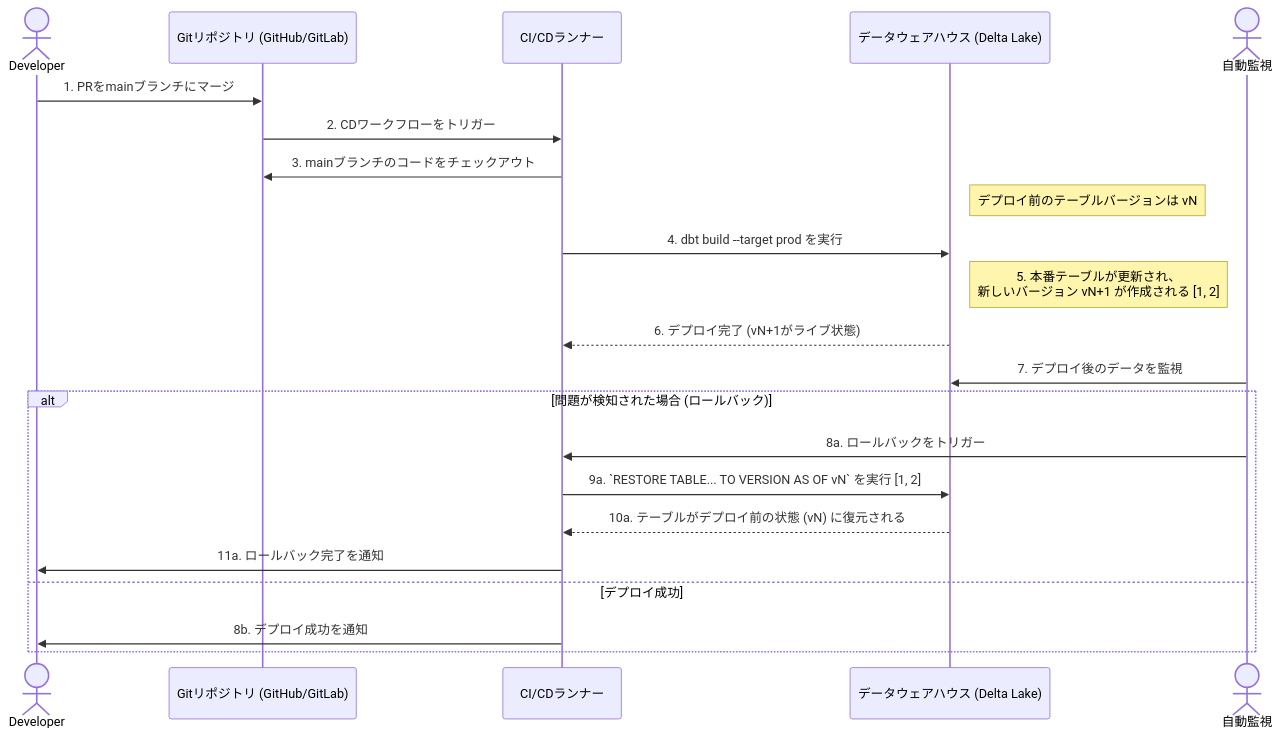
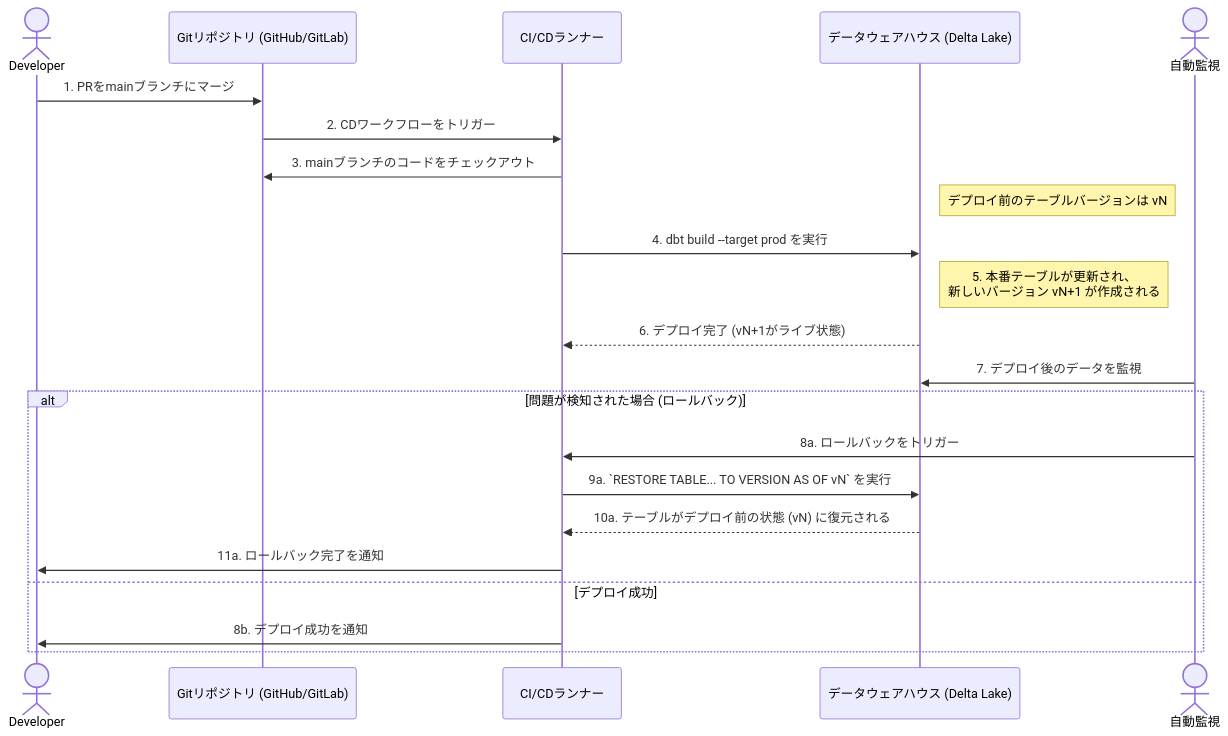
Before and after one commit to suwa-sh/zenn-contents: the eighth of 10 diagrams in articles/databricks_dbt_cicd_20250905.md, drawn with Mermaid.

````diff
--- a/articles/databricks_dbt_cicd_20250905.md
+++ b/articles/databricks_dbt_cicd_20250905.md
@@ -619,30 +619,30 @@
 ```mermaid
 sequenceDiagram
     actor Developer
     participant GitRepo as Gitリポジトリ (GitHub/GitLab)
     participant Runner as CI/CDランナー
     participant DWH as データウェアハウス (Delta Lake)
     actor Monitor as 自動監視
 
     Developer->>GitRepo: 1. PRをmainブランチにマージ
     GitRepo->>Runner: 2. CDワークフローをトリガー
     
     Runner->>GitRepo: 3. mainブランチのコードをチェックアウト
     note right of DWH: デプロイ前のテーブルバージョンは vN
     
     Runner->>DWH: 4. dbt build --target prod を実行
-    note right of DWH: 5. 本番テーブルが更新され、<br/>新しいバージョン vN+1 が作成される [1, 2]
+    note right of DWH: 5. 本番テーブルが更新され、<br/>新しいバージョン vN+1 が作成される
     
     DWH-->>Runner: 6. デプロイ完了 (vN+1がライブ状態)
     
     Monitor->>DWH: 7. デプロイ後のデータを監視
     
     alt 問題が検知された場合 (ロールバック)
         Monitor->>Runner: 8a. ロールバックをトリガー
-        Runner->>DWH: 9a. `RESTORE TABLE... TO VERSION AS OF vN` を実行 [1, 2]
+        Runner->>DWH: 9a. `RESTORE TABLE... TO VERSION AS OF vN` を実行
         DWH-->>Runner: 10a. テーブルがデプロイ前の状態 (vN) に復元される
         Runner->>Developer: 11a. ロールバック完了を通知
     else デプロイ成功
         Runner->>Developer: 8b. デプロイ成功を通知
     end
 ```
````
